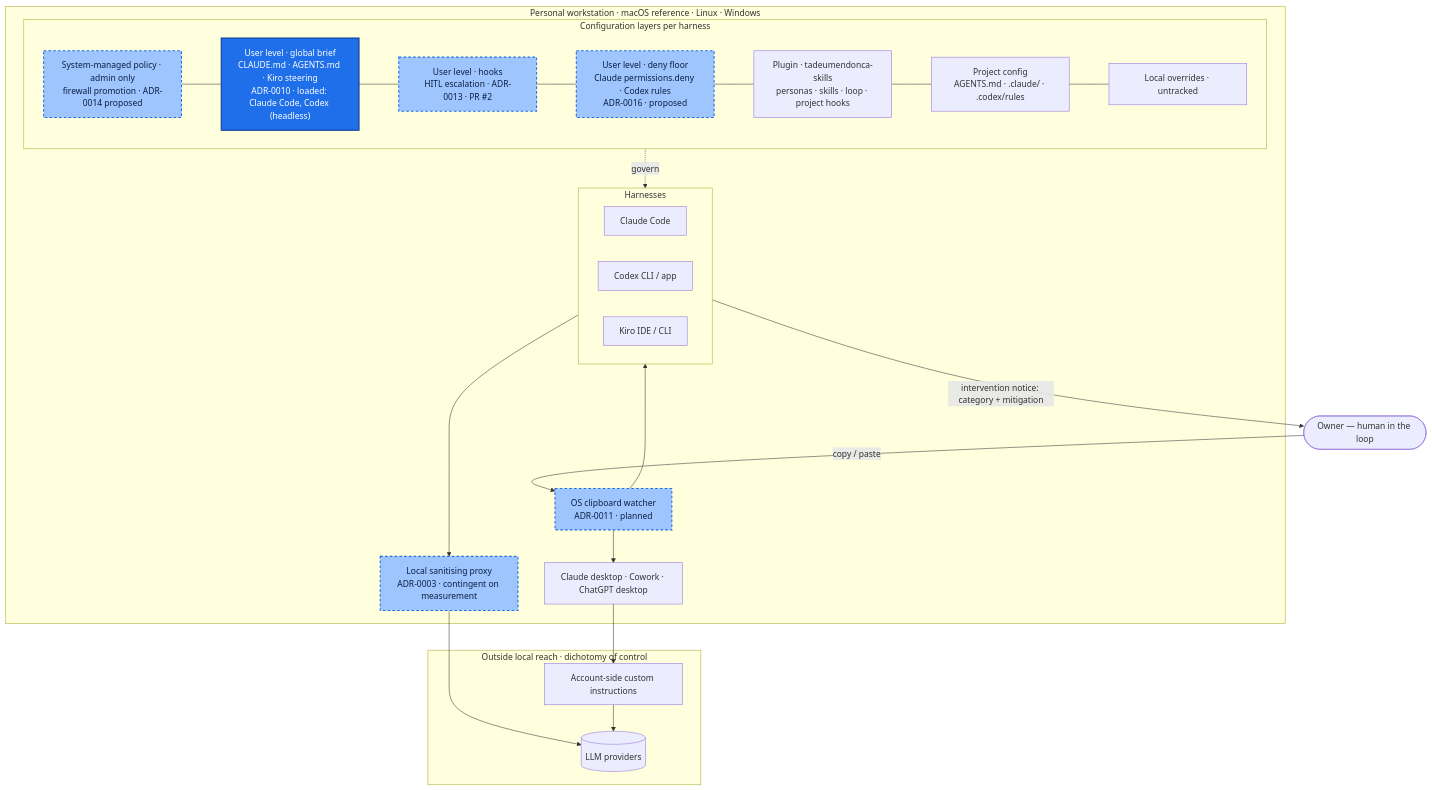
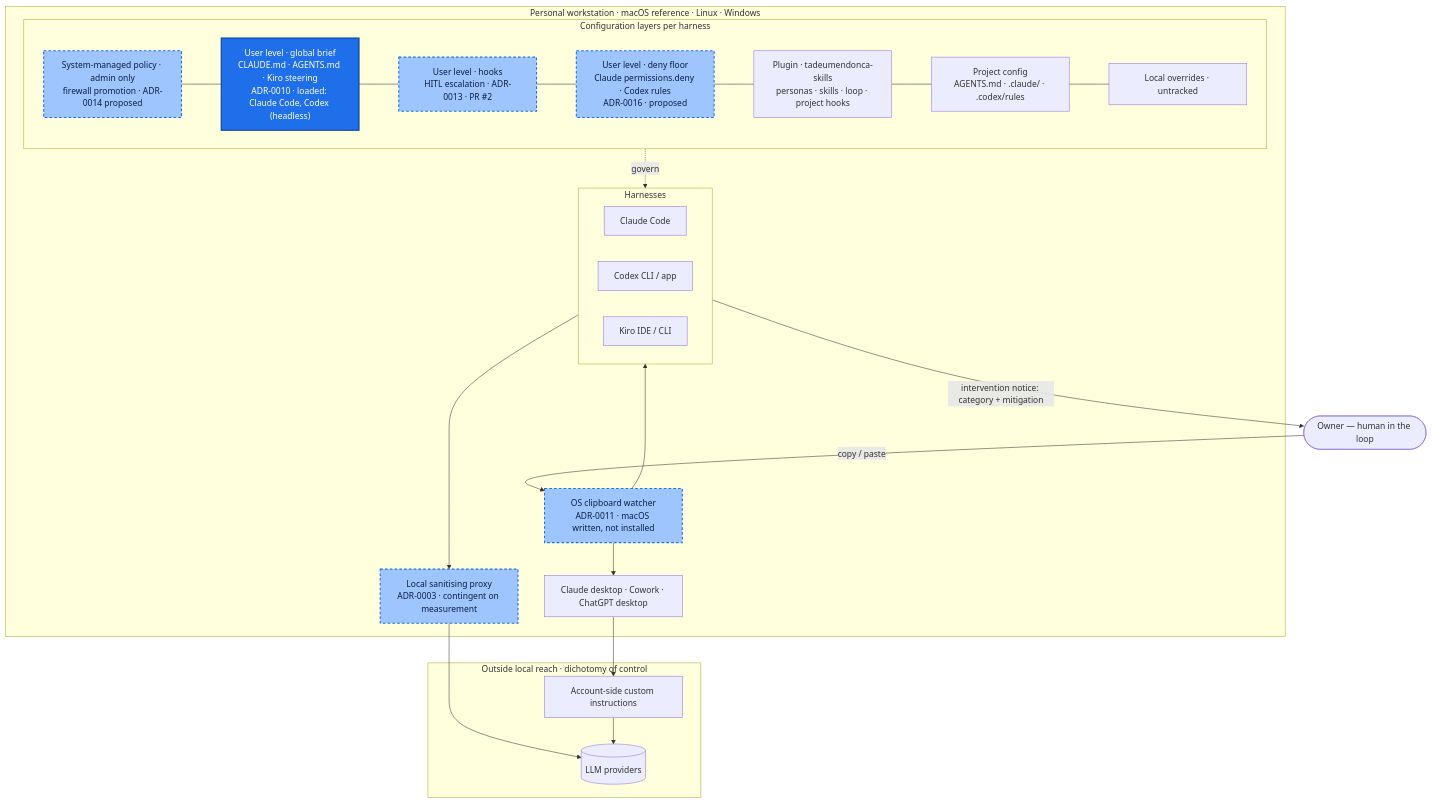
One commit to tedeuxx/mhw changed the diagram in README.md. Above: the diagram before and after it, drawn with Mermaid. The commit also changed other lines of this file and 10 other files, not shown here.

First line of the commit message:
feat(clipboard): macOS clipboard watcher with hashed term list (ADR-0011) (#5)

````diff
--- a/README.md
+++ b/README.md
@@ -47,44 +48,44 @@
 ```mermaid
 flowchart TB
   owner(["Owner — human in the loop"])
 
   subgraph WS["Personal workstation · macOS reference · Linux · Windows"]
-    clip["OS clipboard watcher<br/>ADR-0011 · planned"]:::oursPlanned
+    clip["OS clipboard watcher<br/>ADR-0011 · macOS written, not installed"]:::oursPlanned
 
     subgraph LAYERS["Configuration layers per harness"]
       managed["System-managed policy · admin only<br/>firewall promotion · ADR-0014 proposed"]:::oursPlanned
       ubrief["User level · global brief<br/>CLAUDE.md · AGENTS.md · Kiro steering<br/>ADR-0010 · loaded: Claude Code, Codex (headless)"]:::ours
       uhooks["User level · hooks<br/>HITL escalation · ADR-0013 · PR #2"]:::oursPlanned
       udeny["User level · deny floor<br/>Claude permissions.deny · Codex rules<br/>ADR-0016 · proposed"]:::oursPlanned
       plugin["Plugin · tadeumendonca-skills<br/>personas · skills · loop · project hooks"]
       project["Project config<br/>AGENTS.md · .claude/ · .codex/rules"]
       local["Local overrides · untracked"]
     end
 
     subgraph HARN["Harnesses"]
       cc["Claude Code"]
       cx["Codex CLI / app"]
       kiro["Kiro IDE / CLI"]
     end
 
     proxy["Local sanitising proxy<br/>ADR-0003 · contingent on measurement"]:::oursPlanned
     desk["Claude desktop · Cowork · ChatGPT desktop"]
   end
 
   subgraph CLOUD["Outside local reach · dichotomy of control"]
     acct["Account-side custom instructions"]
     llm[("LLM providers")]
   end
 
   owner -->|copy / paste| clip
   clip --> HARN
   clip --> desk
   managed --- ubrief --- uhooks --- udeny --- plugin --- project --- local
   LAYERS -. govern .-> HARN
   HARN --> proxy --> llm
   desk --> acct --> llm
   HARN -->|"intervention notice: category + mitigation"| owner
 
   classDef ours fill:#1f6feb,stroke:#0b3d91,color:#ffffff,stroke-width:2px
   classDef oursPlanned fill:#9ec5fe,stroke:#1f6feb,color:#0b1f44,stroke-width:2px,stroke-dasharray:5 4
 ```
````
